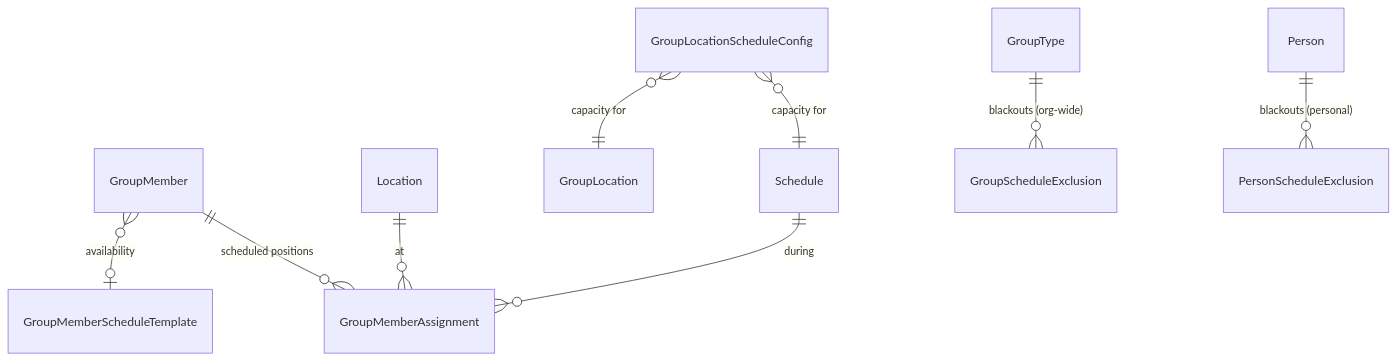
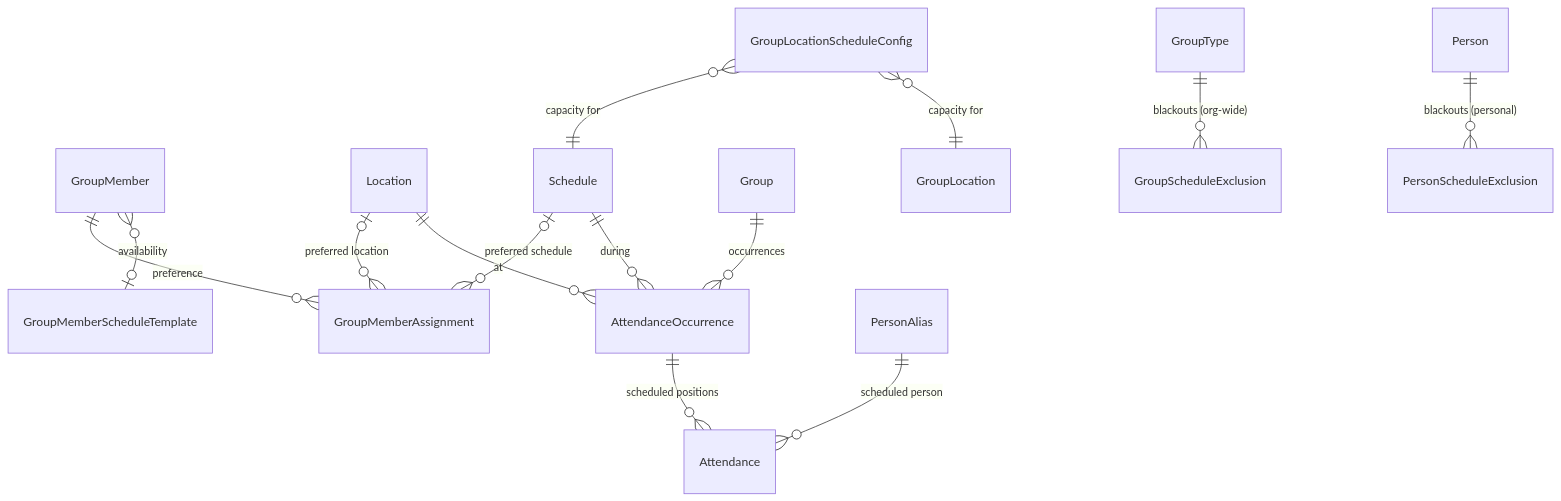
Before and after one commit to SparkDevNetwork/Rock: the diagram in docs/group/group-scheduling.md, drawn with Mermaid. The commit also changed other lines of this file and 1 other file, not shown here.

First line of the commit message:
- Updated incorrect details in the group scheduling docs.

````diff
--- a/docs/group/group-scheduling.md
+++ b/docs/group/group-scheduling.md
@@ -37,11 +42,16 @@
 ```mermaid
 erDiagram
-    GroupMember ||--o{ GroupMemberAssignment : "scheduled positions"
+    GroupMember ||--o{ GroupMemberAssignment : "preference"
     GroupMember }o--o| GroupMemberScheduleTemplate : "availability"
-    Location ||--o{ GroupMemberAssignment : "at"
-    Schedule ||--o{ GroupMemberAssignment : "during"
+    Location |o--o{ GroupMemberAssignment : "preferred location"
+    Schedule |o--o{ GroupMemberAssignment : "preferred schedule"
+    AttendanceOccurrence ||--o{ Attendance : "scheduled positions"
+    PersonAlias ||--o{ Attendance : "scheduled person"
+    Group ||--o{ AttendanceOccurrence : "occurrences"
+    Location ||--o{ AttendanceOccurrence : "at"
+    Schedule ||--o{ AttendanceOccurrence : "during"
     GroupLocationScheduleConfig }o--|| Schedule : "capacity for"
     GroupLocationScheduleConfig }o--|| GroupLocation : "capacity for"
     GroupType ||--o{ GroupScheduleExclusion : "blackouts (org-wide)"
     Person ||--o{ PersonScheduleExclusion : "blackouts (personal)"
 ```
````
